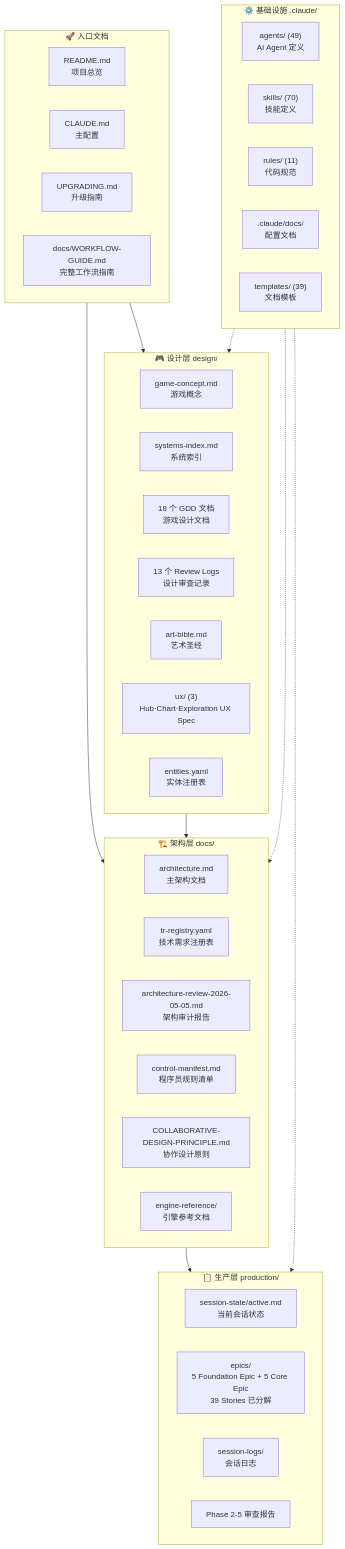
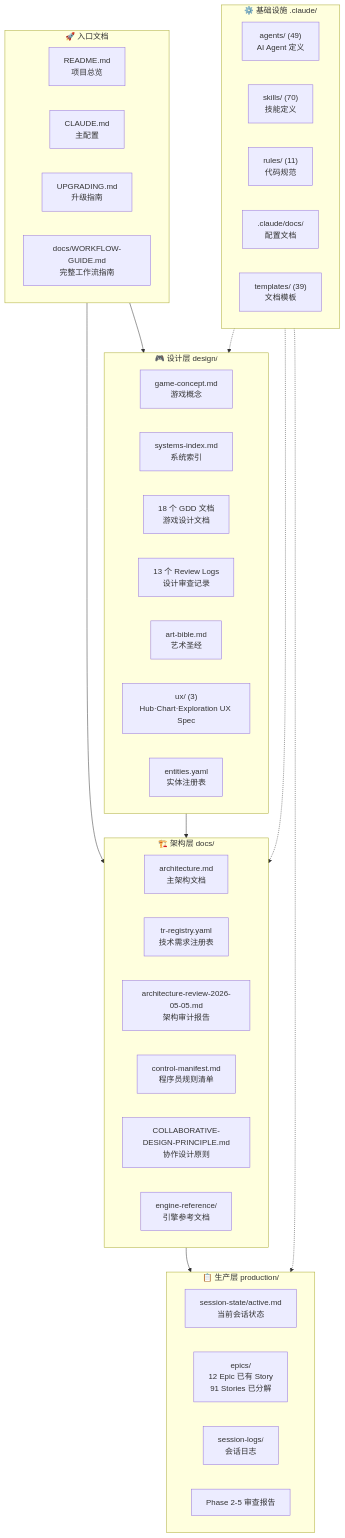
Before and after one commit to lieinsay/Claude-Code-Game-Studios: the first of 12 diagrams in docs/document-index.md, drawn with Mermaid. The commit also changed other lines of this file and 61 other files, not shown here.

First line of the commit message:
完成 Core + Feature 层 Epic/Story 分解 — 91 Stories across 12 Epics

````diff
--- a/docs/document-index.md
+++ b/docs/document-index.md
@@ -14,51 +14,51 @@
 ```mermaid
 graph TB
     subgraph 入口["🚀 入口文档"]
         README["README.md<br/>项目总览"]
         CLAUDE["CLAUDE.md<br/>主配置"]
         UPGRADING["UPGRADING.md<br/>升级指南"]
         WORKFLOW["docs/WORKFLOW-GUIDE.md<br/>完整工作流指南"]
     end
 
     subgraph 设计["🎮 设计层 design/"]
         CONCEPT["game-concept.md<br/>游戏概念"]
         SYSIDX["systems-index.md<br/>系统索引"]
         GDD["18 个 GDD 文档<br/>游戏设计文档"]
         REVIEWS["13 个 Review Logs<br/>设计审查记录"]
         ART["art-bible.md<br/>艺术圣经"]
         UX["ux/ (3)<br/>Hub·Chart·Exploration UX Spec"]
         REGISTRY["entities.yaml<br/>实体注册表"]
     end
 
     subgraph 架构["🏗️ 架构层 docs/"]
         ARCH["architecture.md<br/>主架构文档"]
         TR["tr-registry.yaml<br/>技术需求注册表"]
         ADRREV["architecture-review-2026-05-05.md<br/>架构审计报告"]
         CM["control-manifest.md<br/>程序员规则清单"]
         COLLAB["COLLABORATIVE-DESIGN-PRINCIPLE.md<br/>协作设计原则"]
         ENGINE["engine-reference/<br/>引擎参考文档"]
     end
 
     subgraph 生产["📋 生产层 production/"]
         ACTIVE["session-state/active.md<br/>当前会话状态"]
-        EPICS["epics/<br/>5 Foundation Epic + 5 Core Epic<br/>39 Stories 已分解"]
+        EPICS["epics/<br/>12 Epic 已有 Story<br/>91 Stories 已分解"]
         LOGS["session-logs/<br/>会话日志"]
         PHASES["Phase 2-5 审查报告"]
     end
 
     subgraph 基础设施["⚙️ 基础设施 .claude/"]
         AGENTS["agents/ (49)<br/>AI Agent 定义"]
         SKILLS["skills/ (70)<br/>技能定义"]
         RULES["rules/ (11)<br/>代码规范"]
         DOCS[".claude/docs/<br/>配置文档"]
         TEMPLATES["templates/ (39)<br/>文档模板"]
     end
 
     入口 --> 设计
     入口 --> 架构
     设计 --> 架构
     架构 --> 生产
     基础设施 -.-> 设计
     基础设施 -.-> 架构
     基础设施 -.-> 生产
 ```
````
